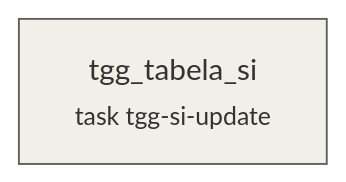
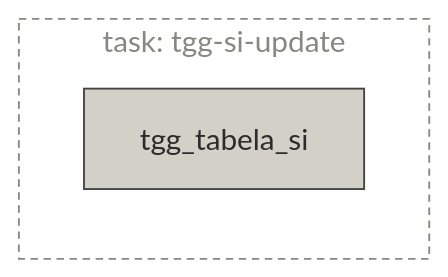
The diagram in docs/pipelines/task-tgg-si-update.md (majazaloznik/umar-automation-scripts), drawn with Mermaid before and after one commit. The commit also changed 31 other files, not shown here.

Commit message:
Update mermaid plots in pipelines

````diff
--- a/docs/pipelines/task-tgg-si-update.md
+++ b/docs/pipelines/task-tgg-si-update.md
@@ -21,8 +21,12 @@
 ```mermaid
 flowchart LR
-  tgg_tabela_si["tgg_tabela_si<br/><small>task tgg-si-update</small>"]:::step
-  classDef source fill:#FAECE7,stroke:#993C1D
-  classDef step fill:#F1EFE8,stroke:#5F5E5A
-  classDef store fill:#E1F5EE,stroke:#0F6E56
-  classDef output fill:#EEEDFE,stroke:#534AB7
+  
+  subgraph task_tgg_si_update["task: tgg-si-update"]
+    tgg_tabela_si["tgg_tabela_si"]:::step
+  end
+  style task_tgg_si_update fill:none,stroke:#888780,stroke-dasharray:4 3,color:#888780
+  classDef source fill:#F0997B,stroke:#712B13,color:#4A1B0C,stroke-width:1px
+  classDef step fill:#D3D1C7,stroke:#444441,color:#2C2C2A,stroke-width:1px
+  classDef store fill:#5DCAA5,stroke:#085041,color:#04342C,stroke-width:1px
+  classDef output fill:#AFA9EC,stroke:#3C3489,color:#26215C,stroke-width:1px
 ```
````
